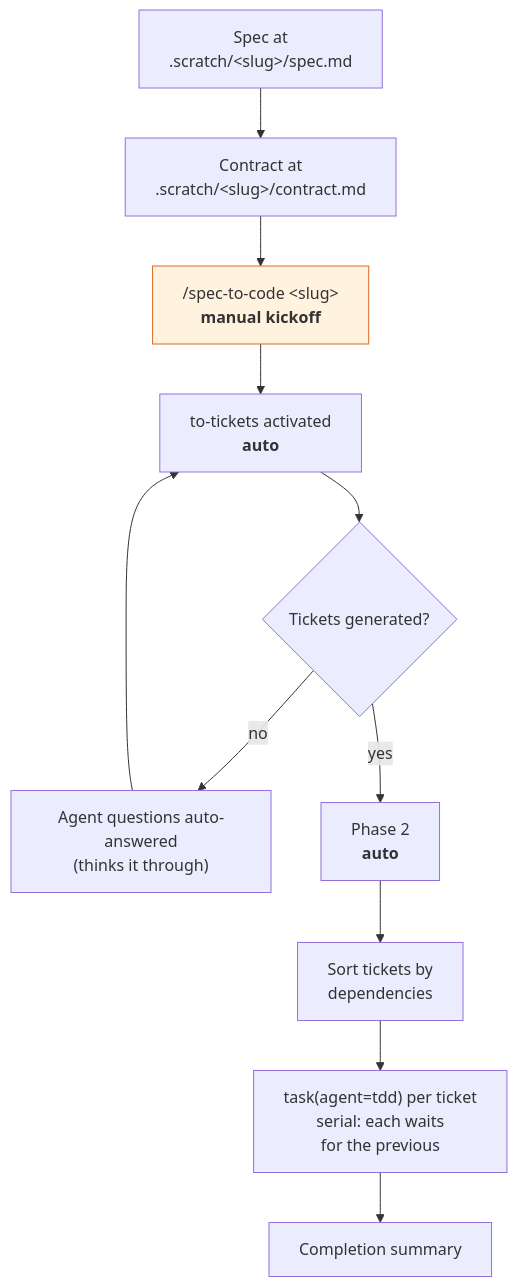
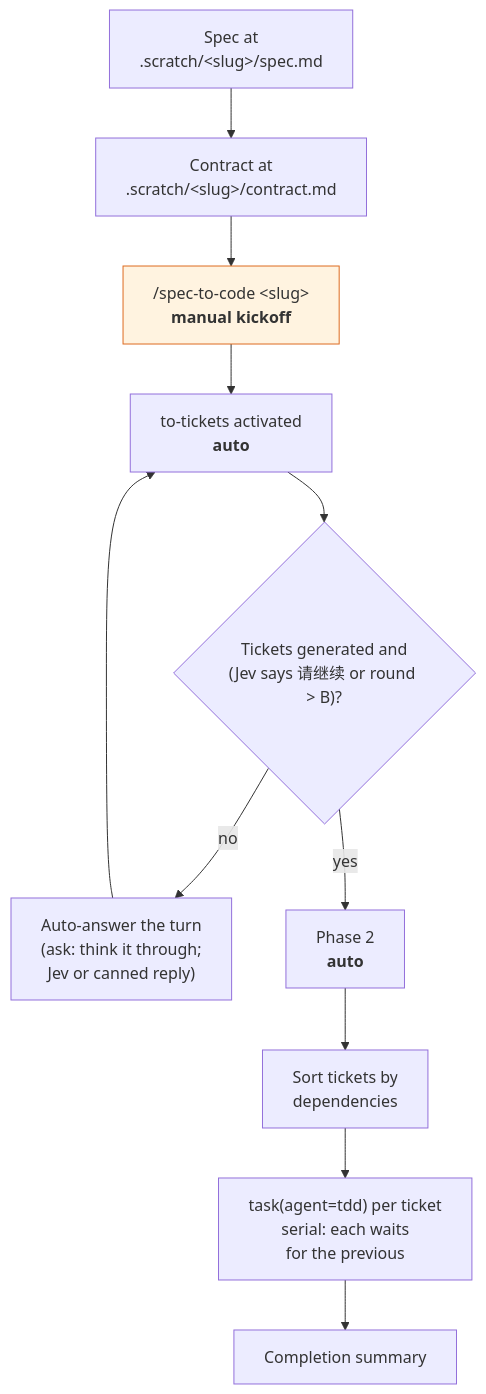
One commit to hugosol/oh-my-wayfinder changed the second of 2 diagrams in README.md. Above: the diagram before and after it, drawn with Mermaid. The commit also changed other lines of this file and 2 other files, not shown here.

Commit message:
jev auto reply

````diff
--- a/README.md
+++ b/README.md
@@ -101,14 +109,14 @@
 ```mermaid
 flowchart TD
     P["Spec at<br/>.scratch/&lt;slug&gt;/spec.md"] --> CT["Contract at<br/>.scratch/&lt;slug&gt;/contract.md"]
     CT --> C["/spec-to-code &lt;slug&gt;<br/><b>manual kickoff</b>"]
     C --> A["to-tickets activated<br/><b>auto</b>"]
-    A --> Q{"Tickets generated?"}
-    Q -->|"no"| QA["Agent questions auto-answered<br/>(thinks it through)"] --> A
+    A --> Q{"Tickets generated and<br/>(Jev says 请继续 or round &gt; B)?"}
+    Q -->|"no"| QA["Auto-answer the turn<br/>(ask: think it through;<br/>Jev or canned reply)"] --> A
     Q -->|"yes"| P2["Phase 2<br/><b>auto</b>"]
     P2 --> ORD["Sort tickets by<br/>dependencies"]
     ORD --> TD["task(agent=tdd) per ticket<br/>serial: each waits<br/>for the previous"]
     TD --> DONE["Completion summary"]
 
     style C fill:#fff3e0,stroke:#dd6b20
 ```
````
